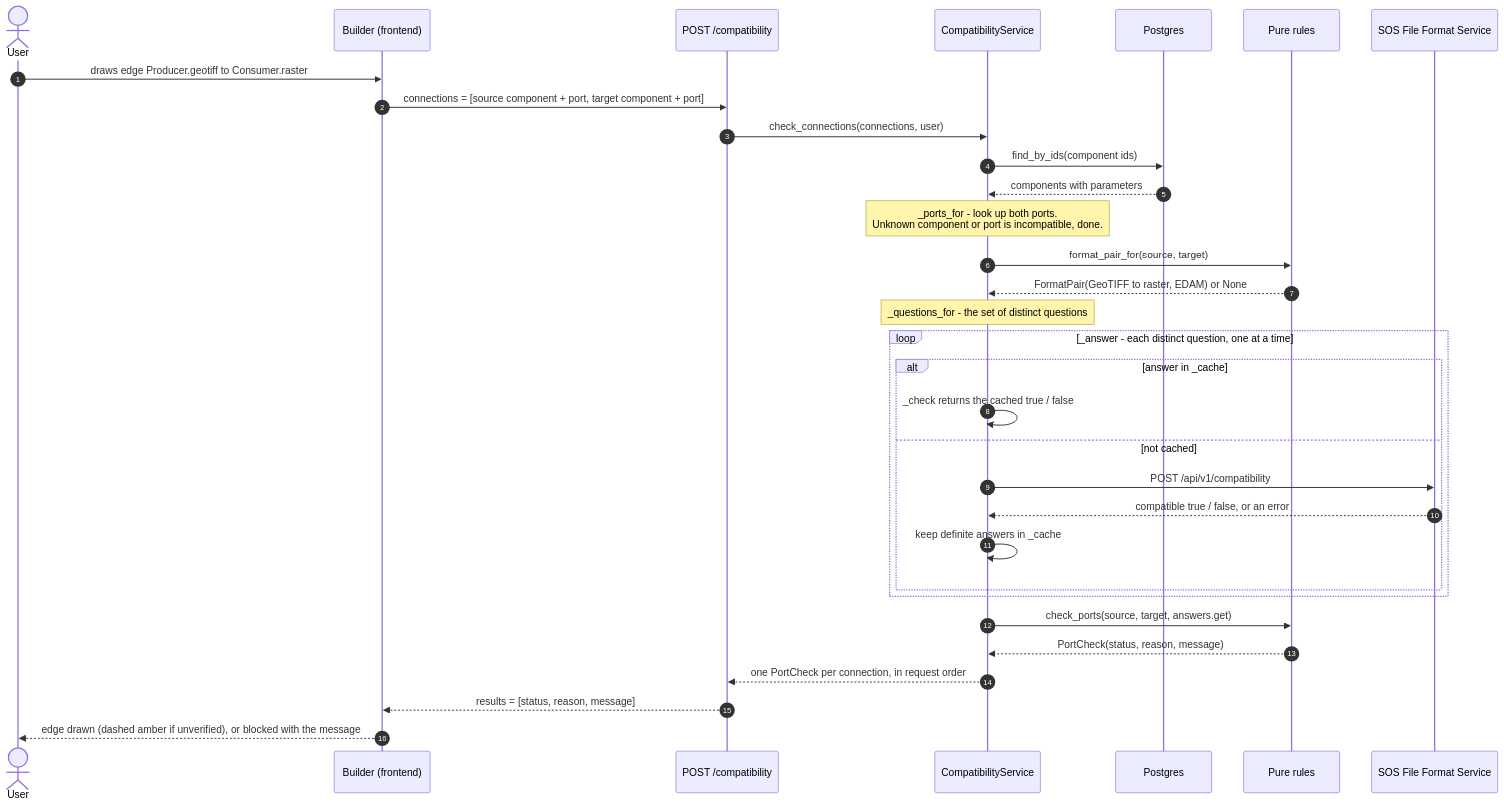
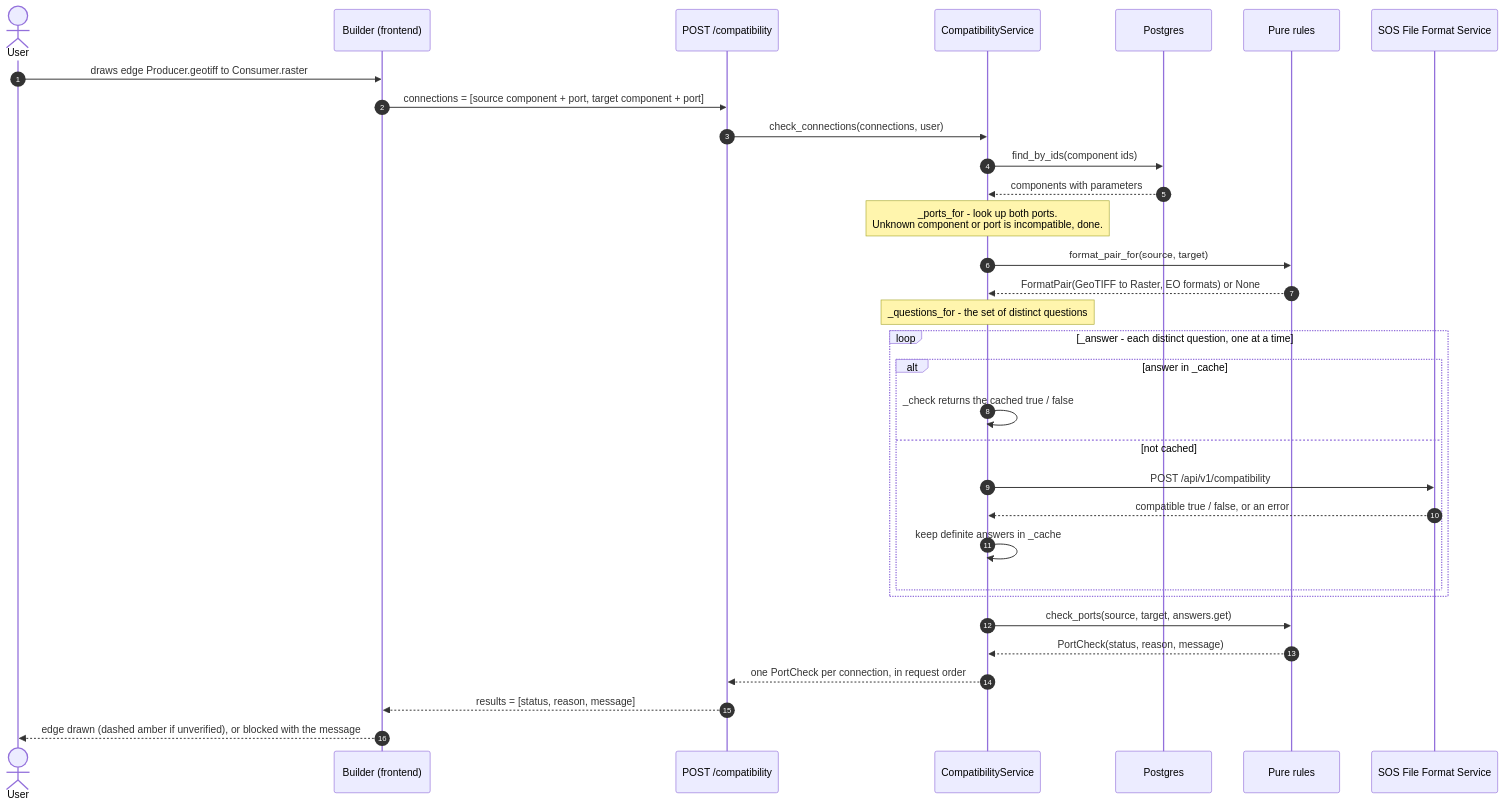
The first of 3 diagrams in backend-python/docs/port-compatibility.md (Distr0hopper/masterthesis), drawn with Mermaid before and after one commit. The commit also changed other lines of this file and 19 other files, not shown here.

First line of the commit message:
feat: Integrate SOS EO formats ontology with format service

````diff
--- a/backend-python/docs/port-compatibility.md
+++ b/backend-python/docs/port-compatibility.md
@@ -20,35 +20,35 @@
 ```mermaid
 sequenceDiagram
     autonumber
     actor U as User
     participant FE as Builder (frontend)
     participant API as POST /compatibility
     participant S as CompatibilityService
     participant DB as Postgres
     participant R as Pure rules
     participant FS as SOS File Format Service
 
     U->>FE: draws edge Producer.geotiff to Consumer.raster
     FE->>API: connections = [source component + port, target component + port]
     API->>S: check_connections(connections, user)
     S->>DB: find_by_ids(component ids)
     DB-->>S: components with parameters
     Note over S: _ports_for - look up both ports.<br/>Unknown component or port is incompatible, done.
     S->>R: format_pair_for(source, target)
-    R-->>S: FormatPair(GeoTIFF to raster, EDAM) or None
+    R-->>S: FormatPair(GeoTIFF to Raster, EO formats) or None
     Note over S: _questions_for - the set of distinct questions
     loop _answer - each distinct question, one at a time
         alt answer in _cache
             S->>S: _check returns the cached true / false
         else not cached
             S->>FS: POST /api/v1/compatibility
             FS-->>S: compatible true / false, or an error
             S->>S: keep definite answers in _cache
         end
     end
     S->>R: check_ports(source, target, answers.get)
     R-->>S: PortCheck(status, reason, message)
     S-->>API: one PortCheck per connection, in request order
     API-->>FE: results = [status, reason, message]
     FE-->>U: edge drawn (dashed amber if unverified), or blocked with the message
 ```
````
